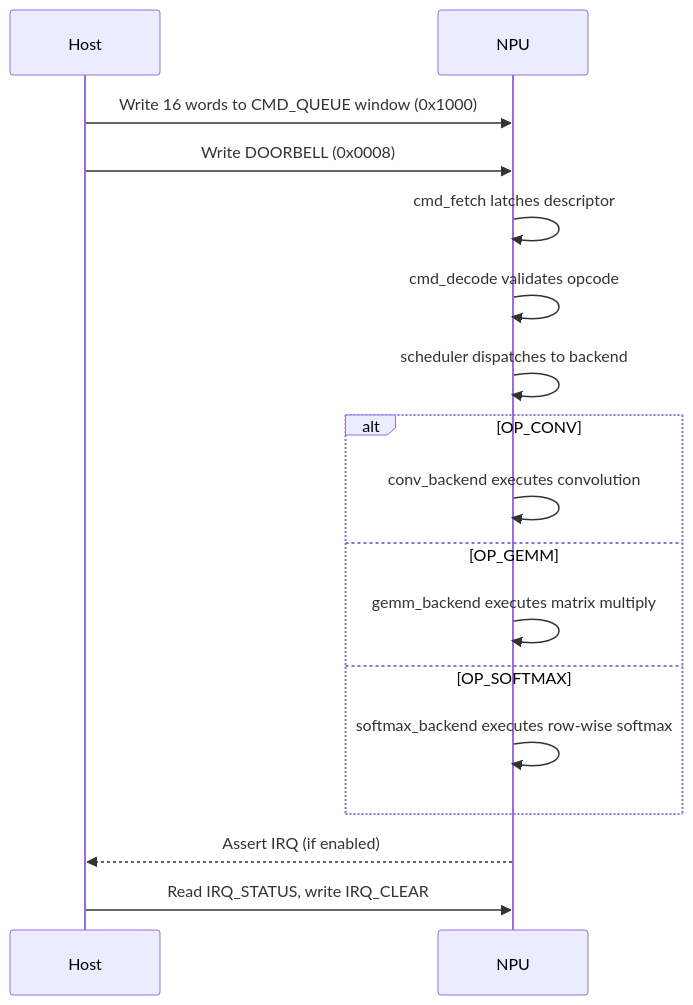
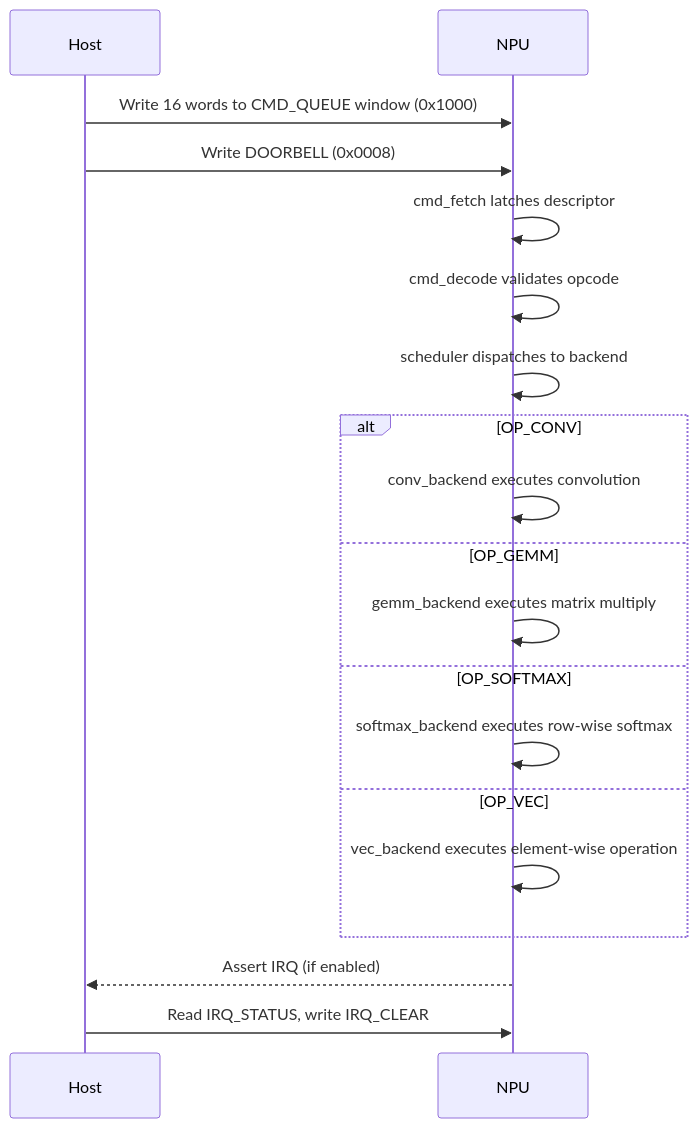
Before and after one commit to Arty3/lg-npu: the diagram in docs/spec/command_format.md, drawn with Mermaid. The commit also changed other lines of this file and 11 other files, not shown here.

````diff
--- a/docs/spec/command_format.md
+++ b/docs/spec/command_format.md
@@ -101,19 +130,21 @@
 ```mermaid
 sequenceDiagram
     participant Host
     participant NPU
     Host->>NPU: Write 16 words to CMD_QUEUE window (0x1000)
     Host->>NPU: Write DOORBELL (0x0008)
     NPU->>NPU: cmd_fetch latches descriptor
     NPU->>NPU: cmd_decode validates opcode
     NPU->>NPU: scheduler dispatches to backend
     alt OP_CONV
         NPU->>NPU: conv_backend executes convolution
     else OP_GEMM
         NPU->>NPU: gemm_backend executes matrix multiply
     else OP_SOFTMAX
         NPU->>NPU: softmax_backend executes row-wise softmax
+    else OP_VEC
+        NPU->>NPU: vec_backend executes element-wise operation
     end
     NPU-->>Host: Assert IRQ (if enabled)
     Host->>NPU: Read IRQ_STATUS, write IRQ_CLEAR
 ```
````
